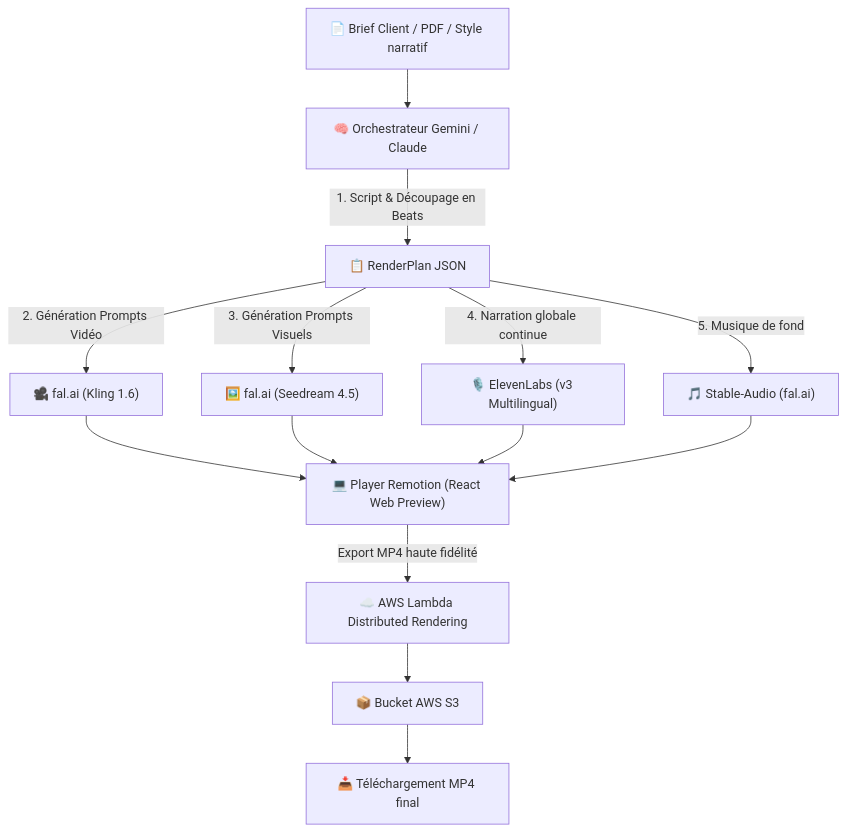
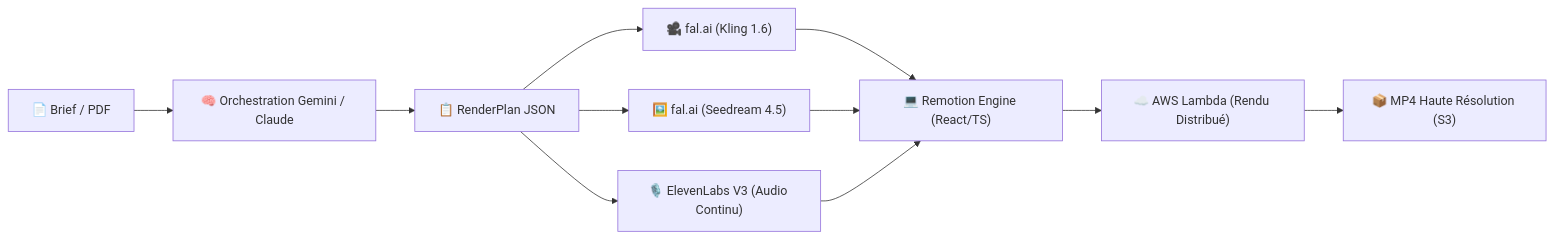
Before and after one commit to emiliejng/second-brain-Emilie: the diagram in 01 - Projects/Stage OnePoint - AI Lab/Fiches Techniques/FT01 - Agent Video Propale Remotion Lambda.md, drawn with Mermaid. The commit also changed other lines of this file and 10 other files, not shown here.

````diff
--- a/01 - Projects/Stage OnePoint - AI Lab/Fiches Techniques/FT01 - Agent Video Propale Remotion Lambda.md
+++ b/01 - Projects/Stage OnePoint - AI Lab/Fiches Techniques/FT01 - Agent Video Propale Remotion Lambda.md
@@ -34,13 +41,11 @@
 ```mermaid
-flowchart TD
-    A["📄 Brief Client / PDF / Style narratif"] --> B["🧠 Orchestrateur Gemini / Claude"]
-    B -->|"1. Script & Découpage en Beats"| C["📋 RenderPlan JSON"]
-    C -->|"2. Génération Prompts Vidéo"| D["🎥 fal.ai (Kling 1.6)"]
-    C -->|"3. Génération Prompts Visuels"| E["🖼️ fal.ai (Seedream 4.5)"]
-    C -->|"4. Narration globale continue"| F["🎙️ ElevenLabs (v3 Multilingual)"]
-    C -->|"5. Musique de fond"| G["🎵 Stable-Audio (fal.ai)"]
-    D & E & F & G --> H["💻 Player Remotion (React Web Preview)"]
-    H -->|"Export MP4 haute fidélité"| I["☁️ AWS Lambda Distributed Rendering"]
-    I --> J["📦 Bucket AWS S3"]
-    J --> K["📥 Téléchargement MP4 final"]
+flowchart LR
+    A["📄 Brief / PDF"] --> B["🧠 Orchestration Gemini / Claude"]
+    B --> C["📋 RenderPlan JSON"]
+    C --> D["🎥 fal.ai (Kling 1.6)"]
+    C --> E["🖼️ fal.ai (Seedream 4.5)"]
+    C --> F["🎙️ ElevenLabs V3 (Audio Continu)"]
+    D & E & F --> G["💻 Remotion Engine (React/TS)"]
+    G --> H["☁️ AWS Lambda (Rendu Distribué)"]
+    H --> I["📦 MP4 Haute Résolution (S3)"]
 ```
````
